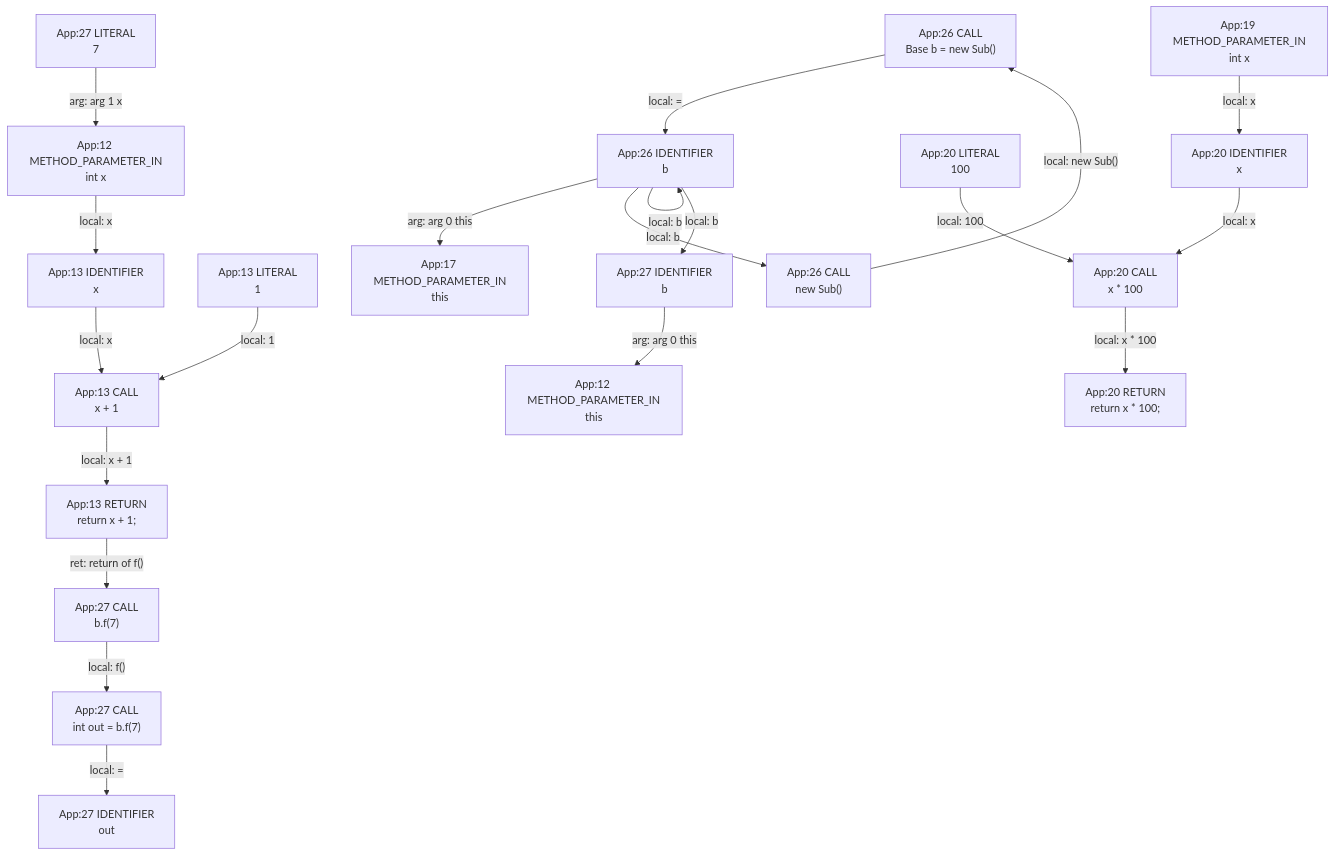
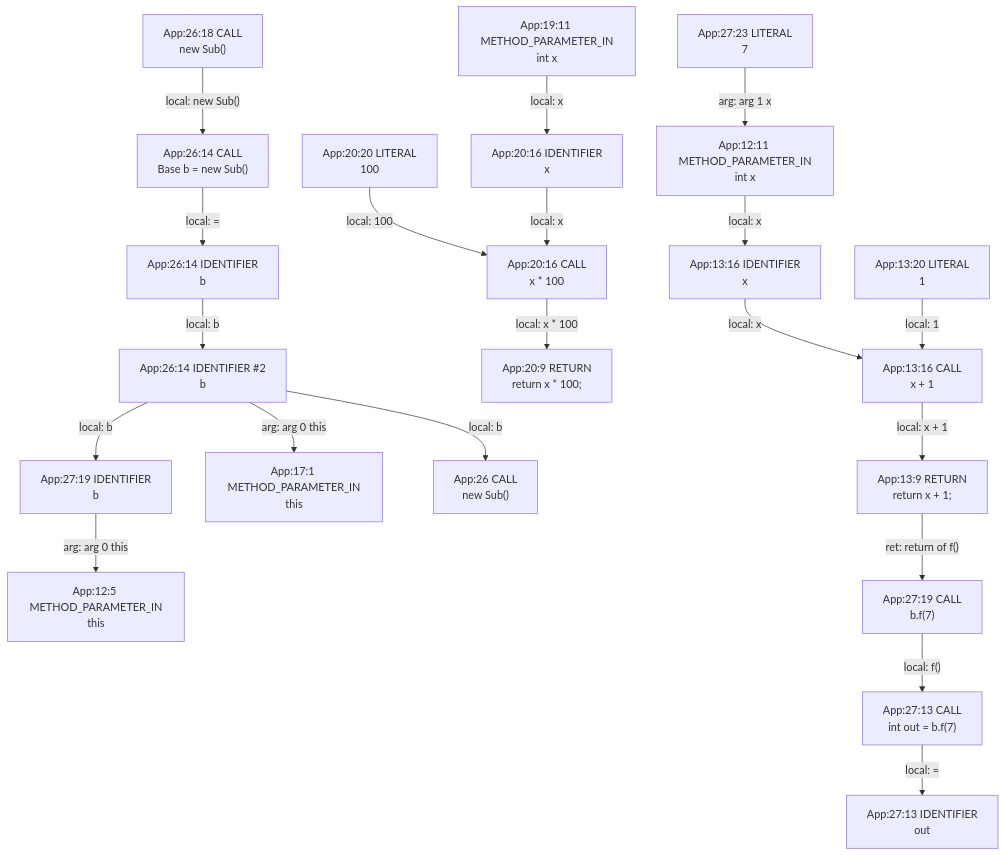
One commit to gstiebler/codeflow changed the diagram in app/src/test/resources/overriddenMethod/spike-truth.md. Above: the diagram before and after it, drawn with Mermaid. The commit also changed 154 other files, not shown here.

````diff
--- a/app/src/test/resources/overriddenMethod/spike-truth.md
+++ b/app/src/test/resources/overriddenMethod/spike-truth.md
@@ -3,42 +3,44 @@
 ```mermaid
 flowchart TD
-  n0["App:12 METHOD_PARAMETER_IN<br/>int x"]
-  n1["App:12 METHOD_PARAMETER_IN<br/>this"]
-  n2["App:13 CALL<br/>x + 1"]
-  n3["App:13 IDENTIFIER<br/>x"]
-  n4["App:13 LITERAL<br/>1"]
-  n5["App:13 RETURN<br/>return x + 1;"]
-  n6["App:17 METHOD_PARAMETER_IN<br/>this"]
-  n7["App:19 METHOD_PARAMETER_IN<br/>int x"]
-  n8["App:20 CALL<br/>x * 100"]
-  n9["App:20 IDENTIFIER<br/>x"]
-  n10["App:20 LITERAL<br/>100"]
-  n11["App:20 RETURN<br/>return x * 100;"]
-  n12["App:26 CALL<br/>Base b = new Sub()"]
-  n13["App:26 CALL<br/>new Sub()"]
-  n14["App:26 IDENTIFIER<br/>b"]
-  n15["App:27 CALL<br/>b.f(7)"]
-  n16["App:27 CALL<br/>int out = b.f(7)"]
-  n17["App:27 IDENTIFIER<br/>b"]
-  n18["App:27 IDENTIFIER<br/>out"]
-  n19["App:27 LITERAL<br/>7"]
+  n0["App:12:11 METHOD_PARAMETER_IN<br/>int x"]
+  n1["App:12:5 METHOD_PARAMETER_IN<br/>this"]
+  n2["App:13:16 CALL<br/>x + 1"]
+  n3["App:13:16 IDENTIFIER<br/>x"]
+  n4["App:13:20 LITERAL<br/>1"]
+  n5["App:13:9 RETURN<br/>return x + 1;"]
+  n6["App:17:1 METHOD_PARAMETER_IN<br/>this"]
+  n7["App:19:11 METHOD_PARAMETER_IN<br/>int x"]
+  n8["App:20:16 CALL<br/>x * 100"]
+  n9["App:20:16 IDENTIFIER<br/>x"]
+  n10["App:20:20 LITERAL<br/>100"]
+  n11["App:20:9 RETURN<br/>return x * 100;"]
+  n12["App:26 CALL<br/>new Sub()"]
+  n13["App:26:14 CALL<br/>Base b = new Sub()"]
+  n14["App:26:14 IDENTIFIER #2<br/>b"]
+  n15["App:26:14 IDENTIFIER<br/>b"]
+  n16["App:26:18 CALL<br/>new Sub()"]
+  n17["App:27:13 CALL<br/>int out = b.f(7)"]
+  n18["App:27:13 IDENTIFIER<br/>out"]
+  n19["App:27:19 CALL<br/>b.f(7)"]
+  n20["App:27:19 IDENTIFIER<br/>b"]
+  n21["App:27:23 LITERAL<br/>7"]
   n0 -->|"local: x"| n3
   n10 -->|"local: 100"| n8
-  n12 -->|"local: ="| n14
-  n13 -->|"local: new Sub()"| n12
+  n13 -->|"local: ="| n15
   n14 -->|"arg: arg 0 this"| n6
-  n14 -->|"local: b"| n13
-  n14 -->|"local: b"| n14
-  n14 -->|"local: b"| n17
-  n15 -->|"local: f()"| n16
-  n16 -->|"local: ="| n18
-  n17 -->|"arg: arg 0 this"| n1
-  n19 -->|"arg: arg 1 x"| n0
+  n14 -->|"local: b"| n12
+  n14 -->|"local: b"| n20
+  n15 -->|"local: b"| n14
+  n16 -->|"local: new Sub()"| n13
+  n17 -->|"local: ="| n18
+  n19 -->|"local: f()"| n17
   n2 -->|"local: x + 1"| n5
+  n20 -->|"arg: arg 0 this"| n1
+  n21 -->|"arg: arg 1 x"| n0
   n3 -->|"local: x"| n2
   n4 -->|"local: 1"| n2
-  n5 -->|"ret: return of f()"| n15
+  n5 -->|"ret: return of f()"| n19
   n7 -->|"local: x"| n9
   n8 -->|"local: x * 100"| n11
   n9 -->|"local: x"| n8
 ```
````
